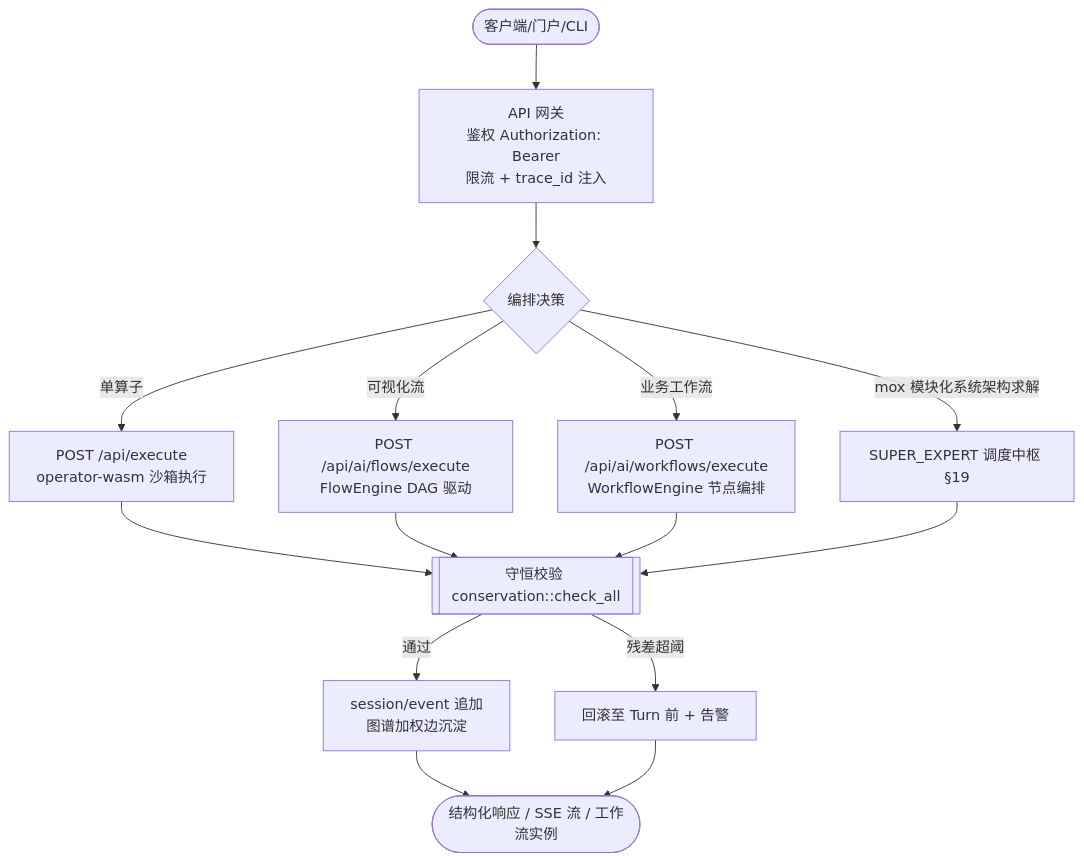
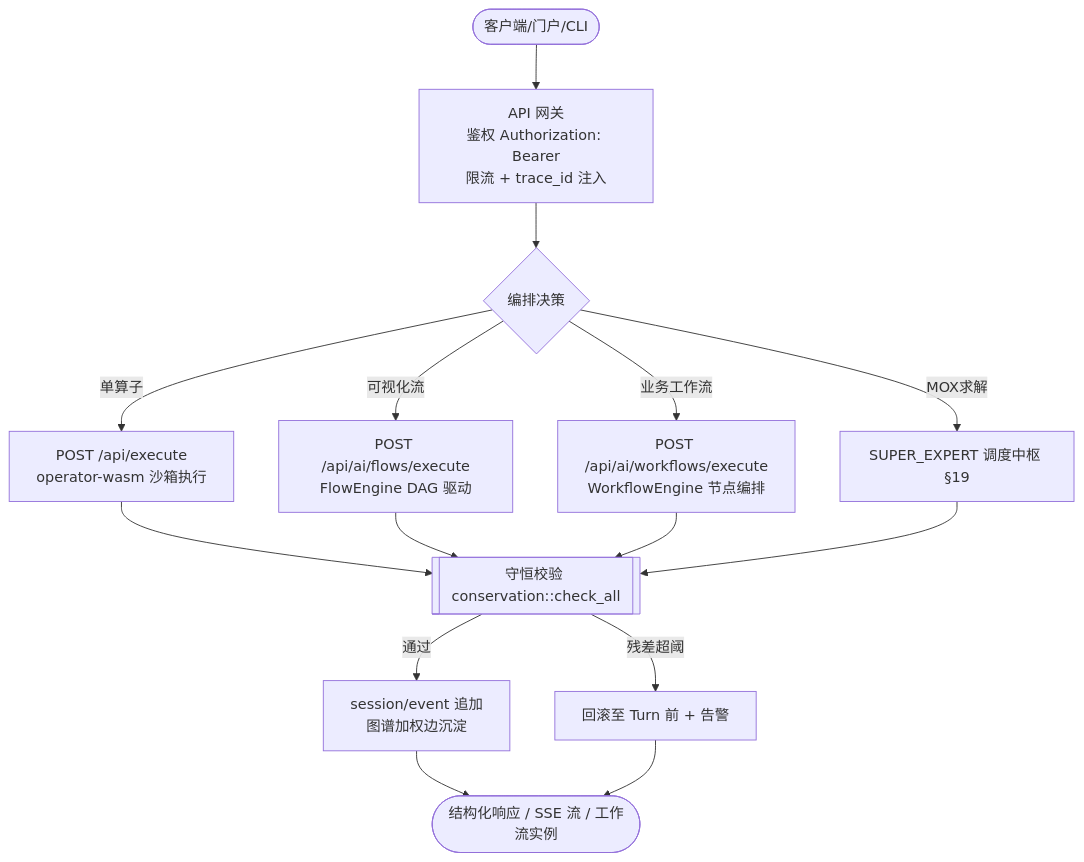
One commit to aikjx/mox changed the second of 16 diagrams in docs/modules/business-process-flowcharts.md. Above: the diagram before and after it, drawn with Mermaid. The commit also changed other lines of this file and 21 other files, not shown here.

````diff
--- a/docs/modules/business-process-flowcharts.md
+++ b/docs/modules/business-process-flowcharts.md
@@ -55,17 +55,17 @@
 ```mermaid
 flowchart TD
     A([客户端/门户/CLI]) --> B[API 网关\n鉴权 Authorization: Bearer\n限流 + trace_id 注入]
     B --> C{编排决策}
     C -->|单算子| D[POST /api/execute\noperator-wasm 沙箱执行]
     C -->|可视化流| E[POST /api/ai/flows/execute\nFlowEngine DAG 驱动]
     C -->|业务工作流| F[POST /api/ai/workflows/execute\nWorkflowEngine 节点编排]
-    C -->|mox 模块化系统架构求解| G[SUPER_EXPERT 调度中枢 §19]
+    C -->|MOX求解| G[SUPER_EXPERT 调度中枢 §19]
     D --> H[[守恒校验 conservation::check_all]]
     E --> H
     F --> H
     G --> H
     H -->|通过| I[session/event 追加\n图谱加权边沉淀]
     H -->|残差超阈| J[回滚至 Turn 前 + 告警]
     I --> K([结构化响应 / SSE 流 / 工作流实例])
     J --> K
 ```
````
